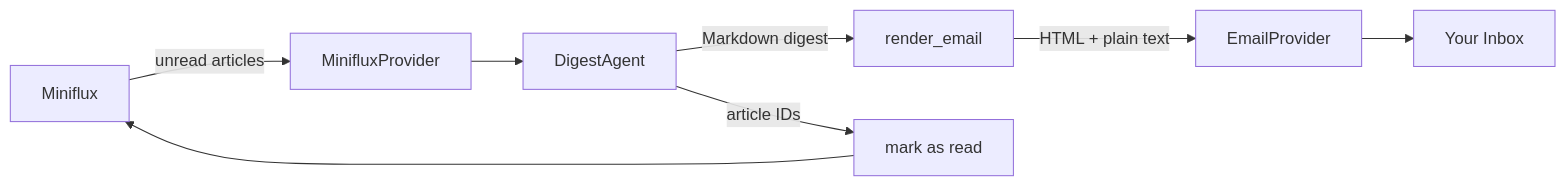
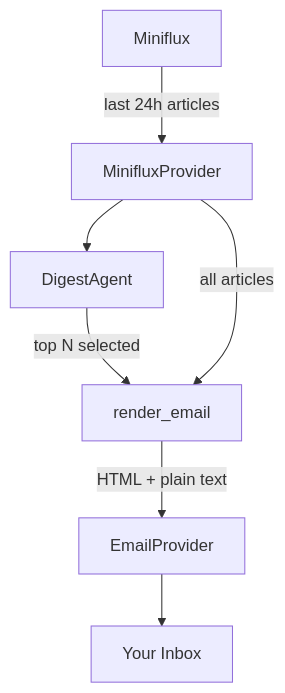
One commit to HieuDao-code/minizen changed the diagram in docs/how_it_works.md. Above: the diagram before and after it, drawn with Mermaid. The commit also changed other lines of this file and 16 other files, not shown here.

Commit message:
feat!: query last 24h articles, do no set them to read status (#12)

````diff
--- a/docs/how_it_works.md
+++ b/docs/how_it_works.md
@@ -6,10 +6,9 @@
 ```mermaid
-flowchart LR
-    A[Miniflux] -->|unread articles| B[MinifluxProvider]
+flowchart TD
+    A[Miniflux] -->|last 24h articles| B[MinifluxProvider]
     B --> C[DigestAgent]
-    C -->|Markdown digest| D[render_email]
+    C -->|top N selected| D[render_email]
+    B -->|all articles| D
     D -->|HTML + plain text| E[EmailProvider]
     E --> F[Your Inbox]
-    C -->|article IDs| G[mark as read]
-    G --> A
 ```
````
